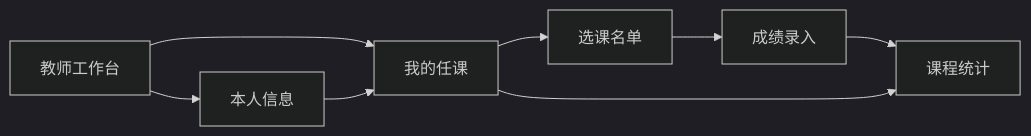
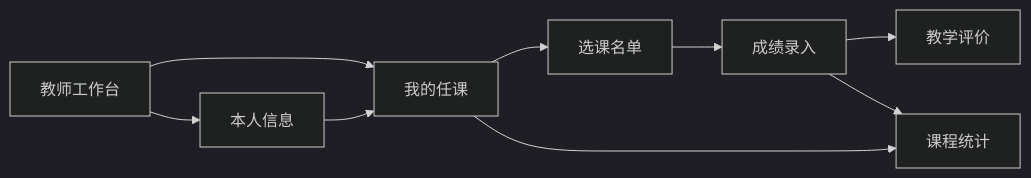
The third of 4 diagrams in 角色功能说明.md (ggbond-2025/database-design), drawn with Mermaid (dark theme) before and after one commit. The commit also changed other lines of this file and 48 other files, not shown here.

````diff
--- a/角色功能说明.md
+++ b/角色功能说明.md
@@ -99,10 +120,11 @@
 ```mermaid
 flowchart LR
     A["教师工作台"] --> B["本人信息"]
     A --> C["我的任课"]
     B --> C
     C --> D["选课名单"]
     D --> E["成绩录入"]
+    E --> H["教学评价"]
     E --> F["课程统计"]
     C --> F
 ```
````
